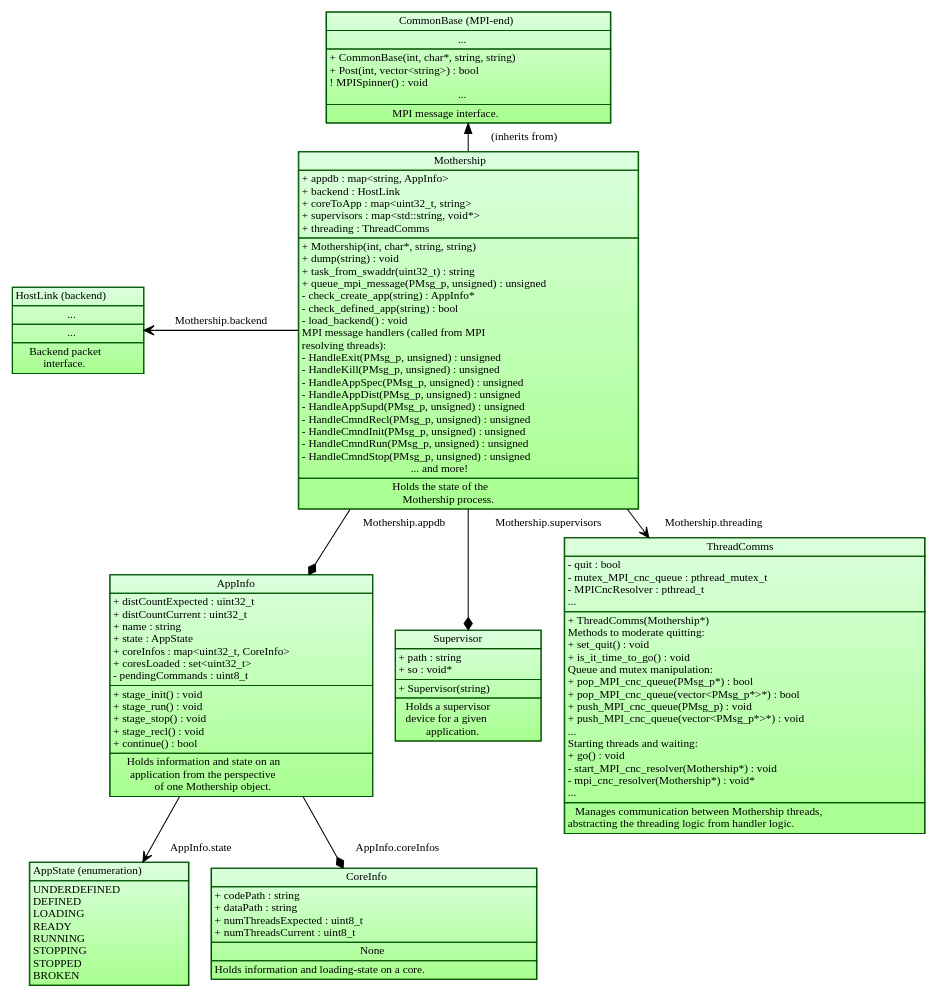
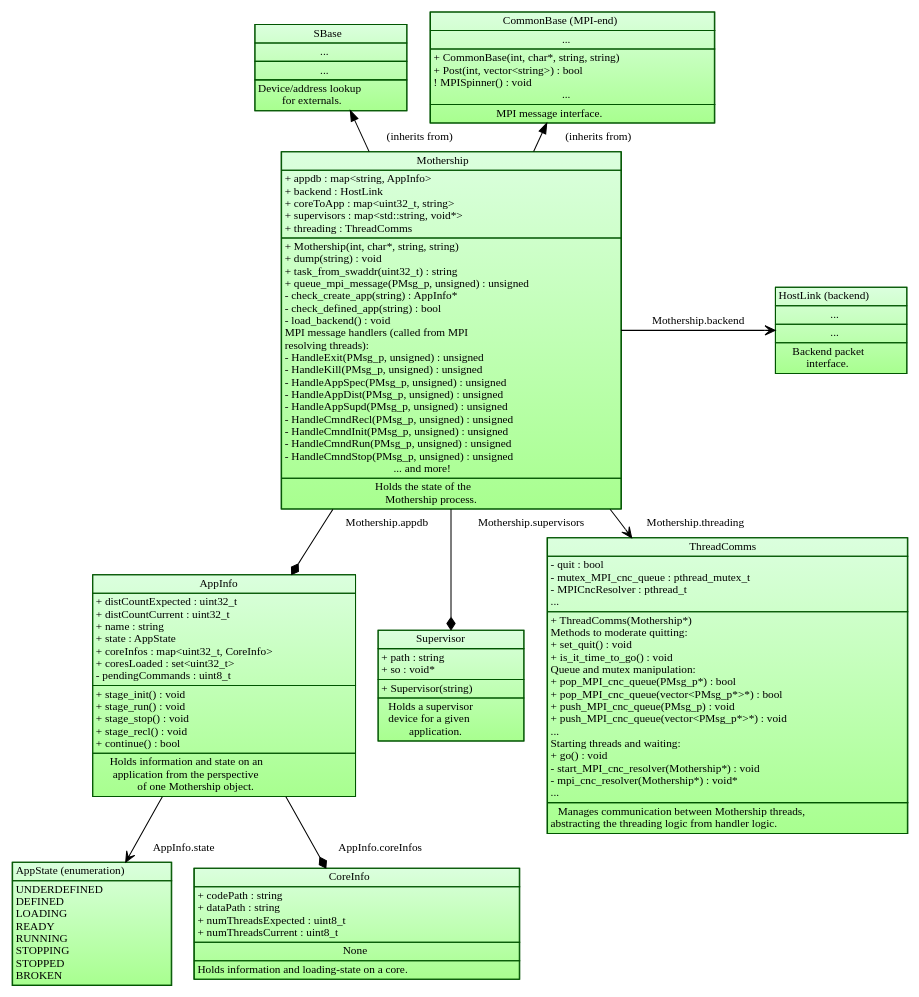
One commit to POETSII/orchestrator-documentation changed the diagram in images/source/mothership_data_structure.dot. Above: the diagram before and after it, drawn with Graphviz.

Commit message:
Add SBase to mothership_data_structure.

```diff
--- a/images/source/mothership_data_structure.dot
+++ b/images/source/mothership_data_structure.dot
@@ -15,6 +15,19 @@
          margin=0,
          shape="rect",
          style="filled"];
+
+    SBase[label=<<TABLE BORDER="0" CELLBORDER="1" CELLSPACING="0">
+<TR><TD>SBase</TD></TR>
+<TR><TD ALIGN="TEXT">
+...<BR ALIGN="TEXT"/>
+</TD></TR>
+<TR><TD ALIGN="TEXT">
+...<BR ALIGN="TEXT"/>
+</TD></TR>
+<TR><TD ALIGN="TEXT">
+Device/address lookup<BR ALIGN="TEXT"/>
+for externals.<BR ALIGN="TEXT"/>
+</TD></TR></TABLE>>];
 
     HostLink[label=<<TABLE BORDER="0" CELLBORDER="1" CELLSPACING="0">
 <TR><TD>HostLink (backend)</TD></TR>
@@ -236,6 +249,7 @@
 
     /* Inheritance */
     {edge[arrowhead="onormal", label=" (inherits from)"];
+        SBase -> Mothership[dir="back"];
         CommonBase -> Mothership[dir="back"];
     }
 
```
